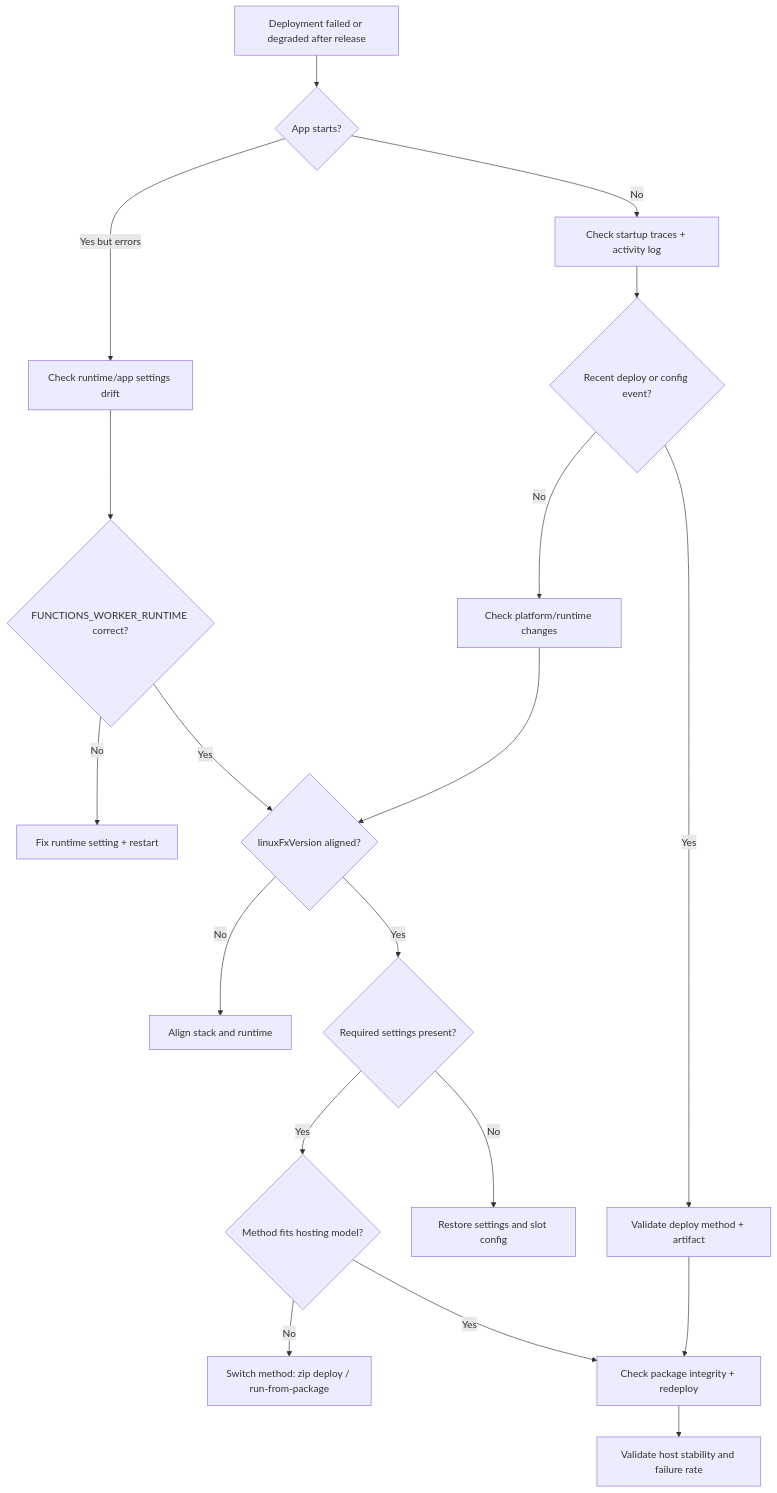
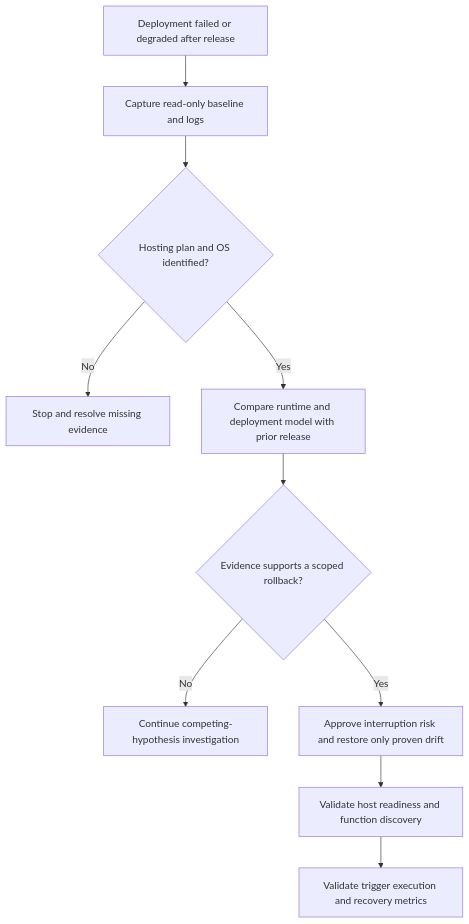
The diagram in docs/troubleshooting/playbooks/deployment-failures.md (yeongseon/azure-functions-practical-guide), drawn with Mermaid before and after one commit. The commit also changed other lines of this file and 3 other files, not shown here.

First line of the commit message:
fix(deployment): make troubleshooting mitigations hosting-plan safe (#178)

````diff
--- a/docs/troubleshooting/playbooks/deployment-failures.md
+++ b/docs/troubleshooting/playbooks/deployment-failures.md
@@ -51,21 +55,12 @@
 ```mermaid
 flowchart TD
-    A[Deployment failed or degraded after release] --> B{App starts?}
-    B -->|No| C[Check startup traces + activity log]
-    B -->|Yes but errors| D["Check runtime/app settings drift"]
-    C --> E{Recent deploy or config event?}
-    E -->|Yes| F[Validate deploy method + artifact]
-    E -->|No| G["Check platform/runtime changes"]
-    D --> H{FUNCTIONS_WORKER_RUNTIME correct?}
-    H -->|No| I[Fix runtime setting + restart]
-    H -->|Yes| J{linuxFxVersion aligned?}
-    J -->|No| K[Align stack and runtime]
-    J -->|Yes| L{Required settings present?}
-    L -->|No| M[Restore settings and slot config]
-    L -->|Yes| N{Method fits hosting model?}
-    N -->|No| O["Switch method: zip deploy / run-from-package"]
-    N -->|Yes| P[Check package integrity + redeploy]
-    F --> P
-    G --> J
-    P --> Q[Validate host stability and failure rate]
+    A[Deployment failed or degraded after release] --> B[Capture read-only baseline and logs]
+    B --> C{Hosting plan and OS identified?}
+    C -->|No| D[Stop and resolve missing evidence]
+    C -->|Yes| E[Compare runtime and deployment model with prior release]
+    E --> F{Evidence supports a scoped rollback?}
+    F -->|No| G[Continue competing-hypothesis investigation]
+    F -->|Yes| H[Approve interruption risk and restore only proven drift]
+    H --> I[Validate host readiness and function discovery]
+    I --> J[Validate trigger execution and recovery metrics]
 ```
````
